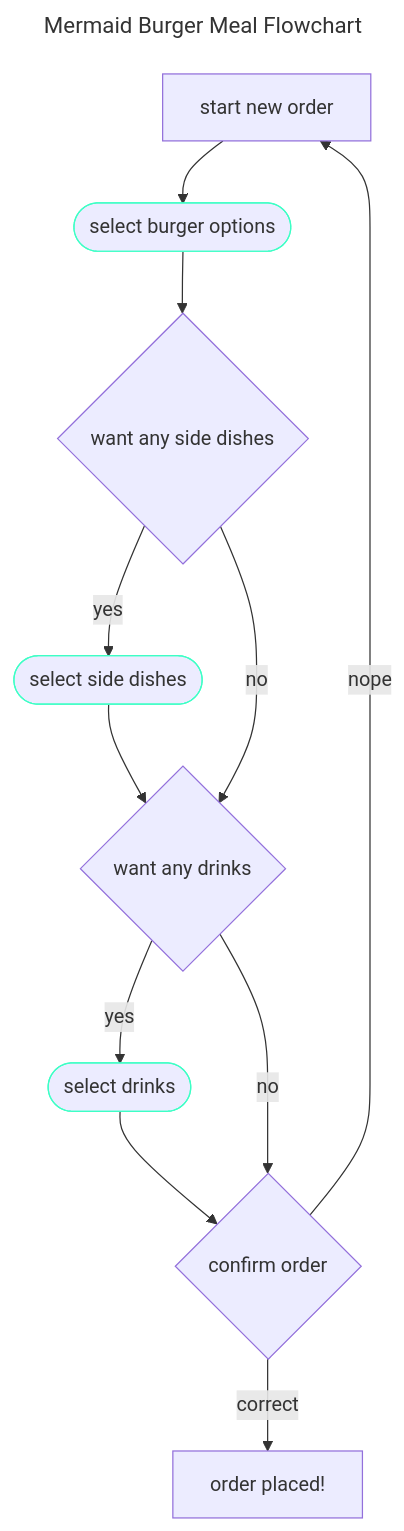
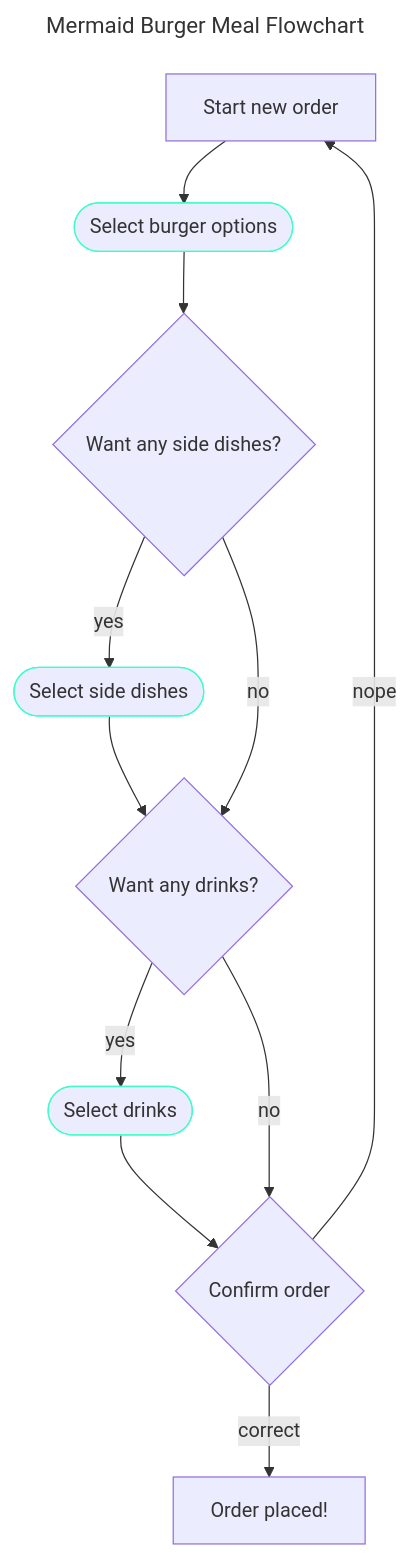
The diagram in student-work/2023/Alan-Bariman/api-final-project/readme.md (yusale9/student-showcase), drawn with Mermaid before and after one commit.

````diff
--- a/student-work/2023/Alan-Bariman/api-final-project/readme.md
+++ b/student-work/2023/Alan-Bariman/api-final-project/readme.md
@@ -7,19 +7,19 @@
 ```mermaid
 ---
 title: Mermaid Burger Meal Flowchart
 ---
 flowchart TD
-    A[start new order]-->B([select burger options]):::opts
-    B-->C{want any side dishes}
-    C--yes-->D([select side dishes]):::opts
+    A[Start new order]-->B([Select burger options]):::opts
+    B-->C{Want any side dishes?}
+    C--yes-->D([Select side dishes]):::opts
     D-->E
-    C--"no"-->E{want any drinks}
-    E--yes-->F([select drinks]):::opts
-    F-->G{confirm order}
+    C--"no"-->E{Want any drinks?}
+    E--yes-->F([Select drinks]):::opts
+    F-->G{Confirm order}
     E--"no"-->G
-    G--"correct"-->H[order placed!]
+    G--"correct"-->H[Order placed!]
     G--"nope"-->A
 
     classDef opts stroke:#3DFFC5;
 
 ```
````
